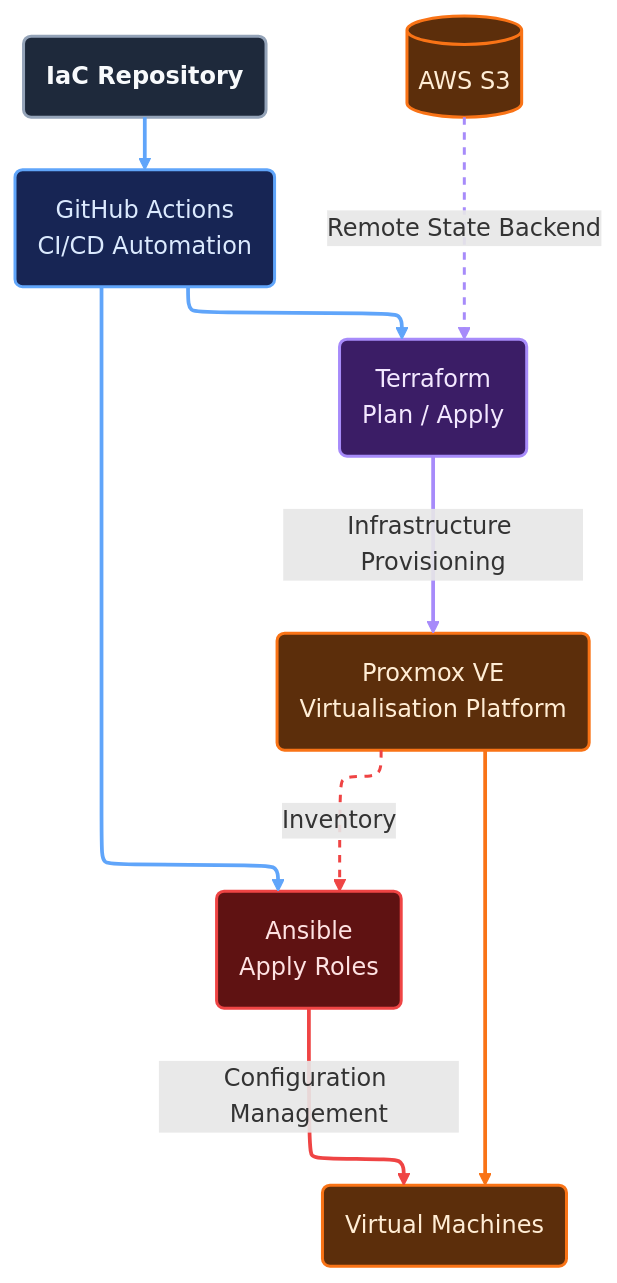
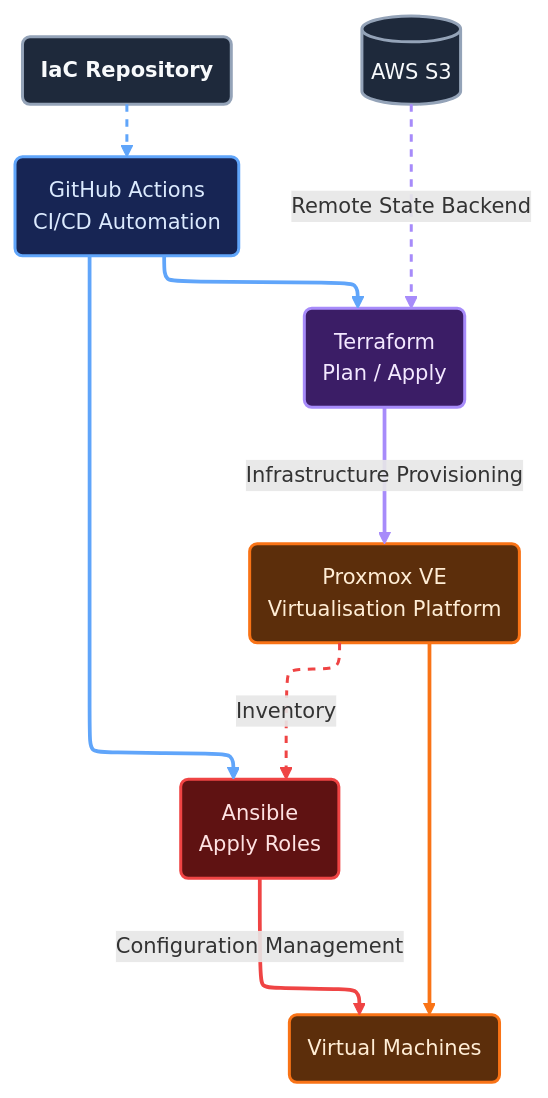
The diagram in README.md (rauland/iac), drawn with Mermaid before and after one commit.

````diff
--- a/README.md
+++ b/README.md
@@ -10,52 +10,63 @@
 ```mermaid
 ---
 config:
   layout: elk
+  theme: classic
+  themeVariables:
+    background: #0B1120
+    fontFamily: Inter, Arial, sans-serif
+    fontSize: 14px
+    lineColor: #64748B
+    textColor: #E2E8F0
+    clusterBkg: #111827
+    clusterBorder: #334155
   look: Neo
   flowchart:
-    curve: basic
+    curve: basis
+    htmlLabels: true
+    nodeSpacing: 45
+    rankSpacing: 60
+    padding: 12
 ---
-
 graph TD
     repo("<b>IaC Repository")
     actions("GitHub Actions<br/>CI/CD Automation")
     tf("Terraform<br/>Plan / Apply")
     s3[("AWS S3")]
     pve("Proxmox VE<br/>Virtualisation Platform")
     ansible("Ansible<br/>Apply Roles")
     vms("Virtual Machines")
 
     repo --> actions
     actions --> tf
     actions --> ansible
     s3 -->|Remote State Backend| tf
     tf -->|Infrastructure Provisioning| pve
     pve --> vms
     pve -->|Inventory| ansible
     ansible -->|Configuration Management| vms
 
-    classDef source fill:#1E293B,stroke:#94A3B8,color:#F8FAFC,stroke-width:2px
+    classDef cloud fill:#1E293B,stroke:#94A3B8,color:#F8FAFC,stroke-width:2px
     classDef cicd fill:#172554,stroke:#60A5FA,color:#DBEAFE,stroke-width:2px
     classDef terraform fill:#3B1D66,stroke:#A78BFA,color:#F3E8FF,stroke-width:2px
     classDef ansible fill:#5F1212,stroke:#EF4444,color:#FEE2E2,stroke-width:2px
     classDef infra fill:#5C2E0B,stroke:#F97316,color:#FFEDD5,stroke-width:2px
-    classDef compute fill:#1F2937,stroke:#64748B,color:#F8FAFC,stroke-width:2px
 
-    class repo source
+    class repo cloud
     class actions cicd
     class tf terraform
     class ansible ansible
     class pve infra
-    class s3 infra
+    class s3 cloud
     class vms infra
 
-    linkStyle 0 stroke:#60A5FA,stroke-width:2.5px
+    linkStyle 0 stroke:#60A5FA,stroke-width:2px,stroke-dasharray:5 5
     linkStyle 1 stroke:#60A5FA,stroke-width:2.5px
     linkStyle 2 stroke:#60A5FA,stroke-width:2.5px
     linkStyle 3 stroke:#A78BFA,stroke-width:2px,stroke-dasharray:5 5
     linkStyle 4 stroke:#A78BFA,stroke-width:2.5px
     linkStyle 5 stroke:#F97316,stroke-width:2.5px
     linkStyle 6 stroke:#EF4444,stroke-width:2px,stroke-dasharray:5 5
     linkStyle 7 stroke:#EF4444,stroke-width:2.5px
 
 ```
````
